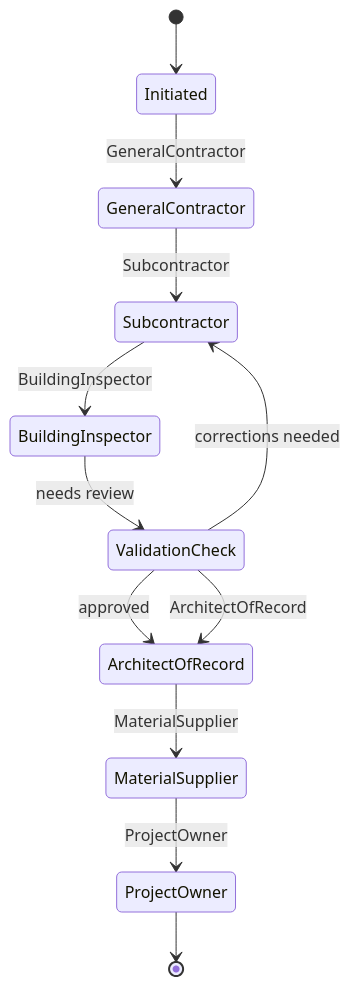
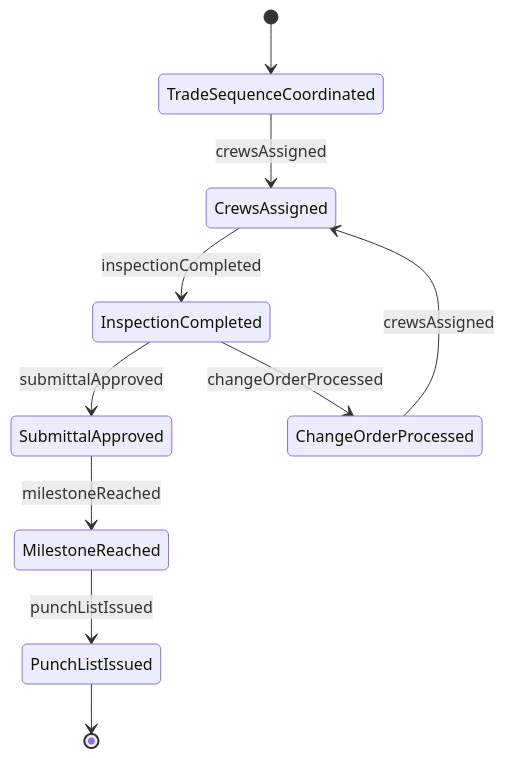
Before and after one commit to dot-org-ai/tasks.org.ai: the second of 4 diagrams in GuidingDirectingAndMotivatingSubordinates/DirectConstructionOrExtractionActivities/DirectConstructionActivities.mdx, drawn with Mermaid. The commit also changed other lines of this file and 515 other files, not shown here.

````diff
--- a/GuidingDirectingAndMotivatingSubordinates/DirectConstructionOrExtractionActivities/DirectConstructionActivities.mdx
+++ b/GuidingDirectingAndMotivatingSubordinates/DirectConstructionOrExtractionActivities/DirectConstructionActivities.mdx
@@ -107,14 +105,12 @@
 ```mermaid
 stateDiagram-v2
-    [*] --> Initiated
-    Initiated --> GeneralContractor: GeneralContractor
-    GeneralContractor --> Subcontractor: Subcontractor
-    Subcontractor --> BuildingInspector: BuildingInspector
-    BuildingInspector --> ValidationCheck: needs review
-    ValidationCheck --> Subcontractor: corrections needed
-    ValidationCheck --> ArchitectOfRecord: approved
-    ValidationCheck --> ArchitectOfRecord: ArchitectOfRecord
-    ArchitectOfRecord --> MaterialSupplier: MaterialSupplier
-    MaterialSupplier --> ProjectOwner: ProjectOwner
-    ProjectOwner --> [*]
+    [*] --> TradeSequenceCoordinated
+    TradeSequenceCoordinated --> CrewsAssigned : crewsAssigned
+    CrewsAssigned --> InspectionCompleted : inspectionCompleted
+    InspectionCompleted --> SubmittalApproved : submittalApproved
+    SubmittalApproved --> MilestoneReached : milestoneReached
+    MilestoneReached --> PunchListIssued : punchListIssued
+    InspectionCompleted --> ChangeOrderProcessed : changeOrderProcessed
+    ChangeOrderProcessed --> CrewsAssigned : crewsAssigned
+    PunchListIssued --> [*]
 ```
````
